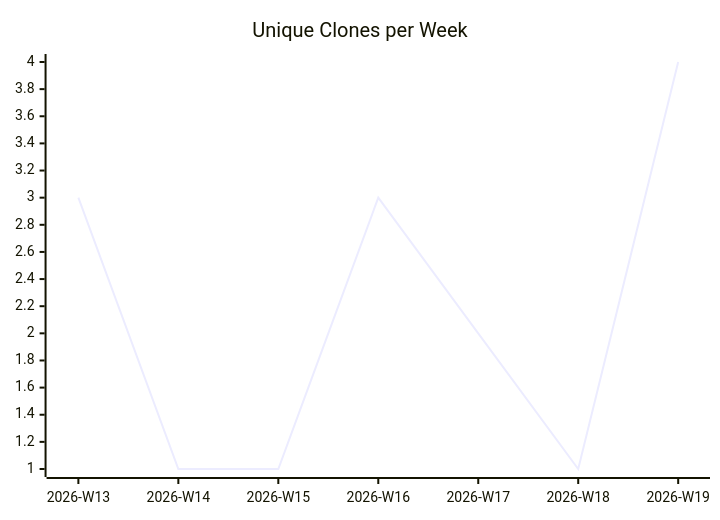
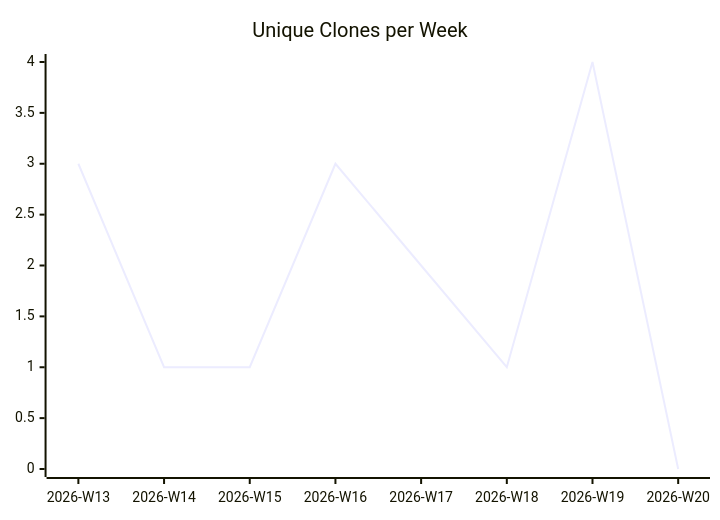
Before and after one commit to justdavis-family/github-analytics-data: the third of 3 diagrams in karlmdavis/test-repo-for-move/README.md, drawn with Mermaid. The commit also changed other lines of this file and 176 other files, not shown here.

````diff
--- a/karlmdavis/test-repo-for-move/README.md
+++ b/karlmdavis/test-repo-for-move/README.md
@@ -19,6 +19,6 @@
 ```mermaid
 xychart-beta
   title "Unique Clones per Week"
-  x-axis ["2026-W13", "2026-W14", "2026-W15", "2026-W16", "2026-W17", "2026-W18", "2026-W19"]
-  line [3, 1, 1, 3, 2, 1, 4]
+  x-axis ["2026-W13", "2026-W14", "2026-W15", "2026-W16", "2026-W17", "2026-W18", "2026-W19", "2026-W20"]
+  line [3, 1, 1, 3, 2, 1, 4, 0]
 ```
````
